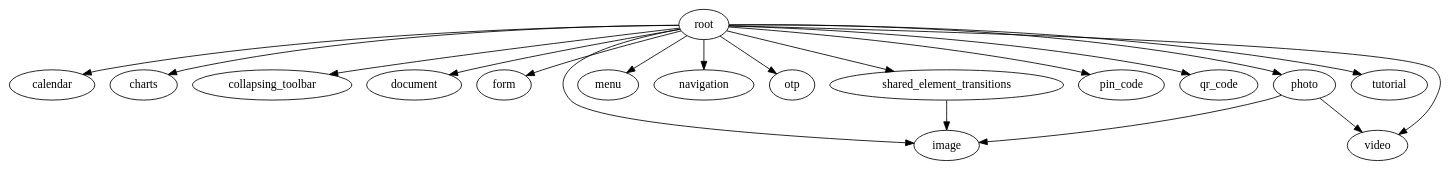
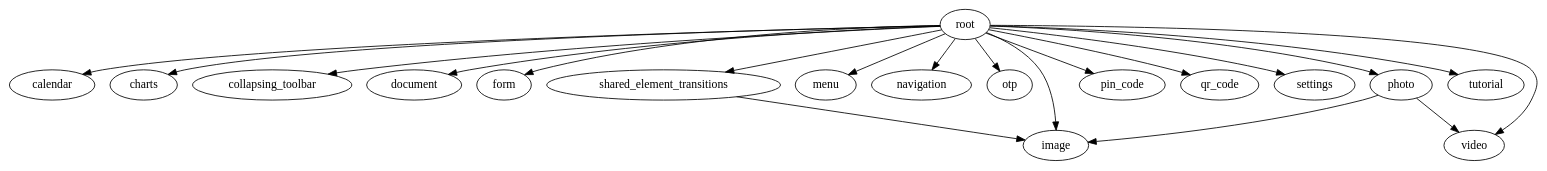
Before and after one commit to VitalyPerm/MobileUp-Android-Samples: the diagram in features/module_graph/modules.dot, drawn with Graphviz. The commit also changed 38 other files, not shown here.

```diff
--- a/features/module_graph/modules.dot
+++ b/features/module_graph/modules.dot
@@ -1,36 +1,38 @@
 digraph {
 calendar
 charts
 collapsing_toolbar
 document
 form
 image
 menu
 navigation
 otp
 photo
 pin_code
 qr_code
 root
+settings
 shared_element_transitions
 tutorial
 video
 photo -> image
 photo -> video
 root -> calendar
 root -> charts
 root -> collapsing_toolbar
 root -> document
 root -> form
 root -> image
 root -> menu
 root -> navigation
 root -> otp
 root -> photo
 root -> pin_code
 root -> qr_code
+root -> settings
 root -> shared_element_transitions
 root -> tutorial
 root -> video
 shared_element_transitions -> image
 }
```
